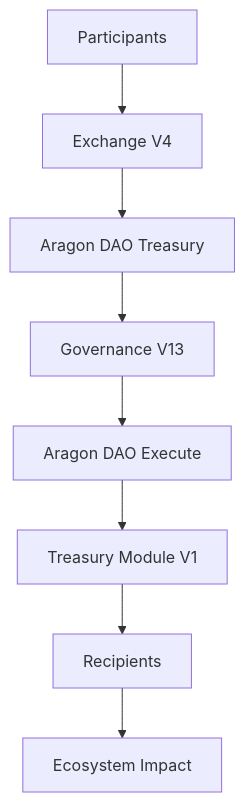
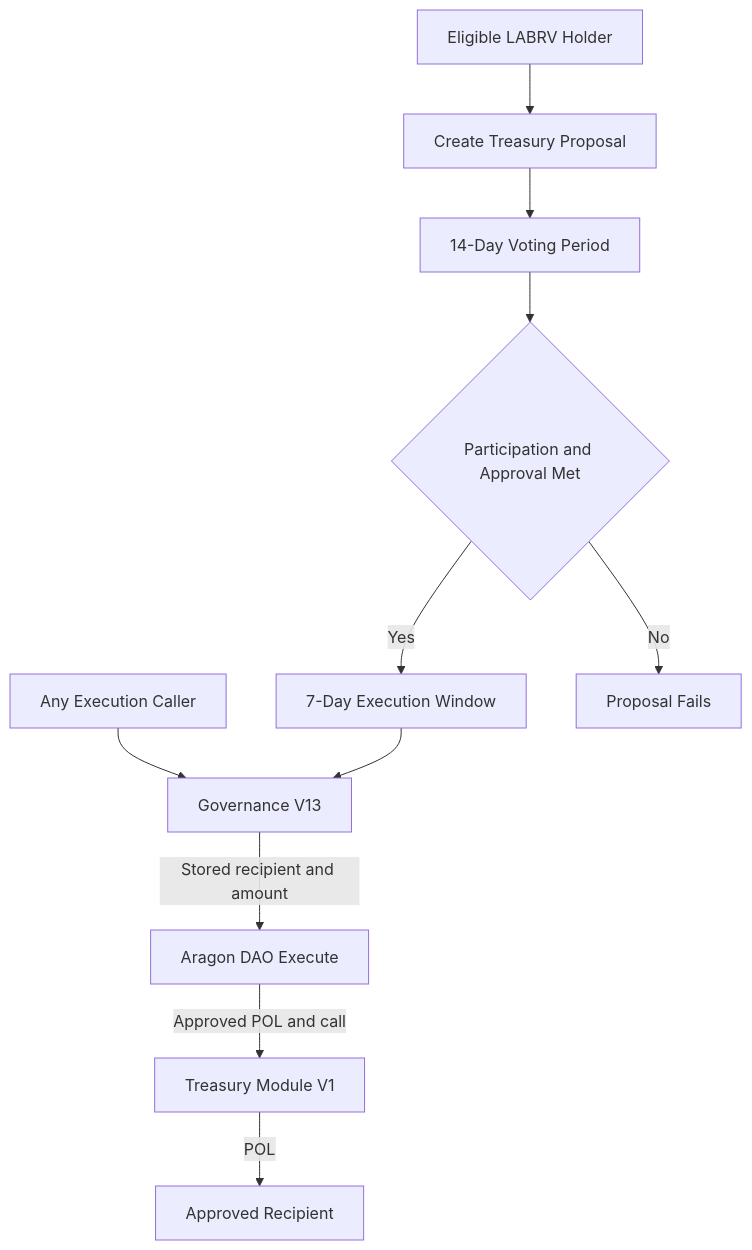
One commit to LaborCoinCreator/LaborCoin changed the fifth of 8 diagrams in docs/economic-flow.md. Above: the diagram before and after it, drawn with Mermaid. The commit also changed other lines of this file, not shown here.

````diff
--- a/docs/economic-flow.md
+++ b/docs/economic-flow.md
@@ -1,24 +347,24 @@
 ```mermaid
-graph TD
+flowchart TD
+    Holder[Eligible LABRV Holder]
+    Proposal[Create Treasury Proposal]
+    Voting[14-Day Voting Period]
+    Thresholds{Participation and Approval Met}
+    Window[7-Day Execution Window]
+    Caller[Any Execution Caller]
+    Governance[Governance V13]
+    DAO[Aragon DAO Execute]
+    Module[Treasury Module V1]
+    Recipient[Approved Recipient]
 
-Participants[Participants]
---> Exchange[Exchange V4]
-
-Exchange
---> Treasury[Aragon DAO Treasury]
-
-Treasury
---> Governance[Governance V13]
-
-Governance
---> DAO[Aragon DAO Execute]
-
-DAO
---> Module[Treasury Module V1]
-
-Module
---> Recipients[Recipients]
-
-Recipients
---> Ecosystem[Ecosystem Impact]
+    Holder --> Proposal
+    Proposal --> Voting
+    Voting --> Thresholds
+    Thresholds -->|No| Failed[Proposal Fails]
+    Thresholds -->|Yes| Window
+    Caller --> Governance
+    Window --> Governance
+    Governance -->|Stored recipient and amount| DAO
+    DAO -->|Approved POL and call| Module
+    Module -->|POL| Recipient
 ```
````
